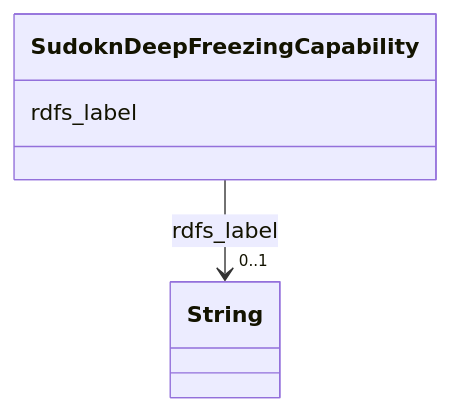
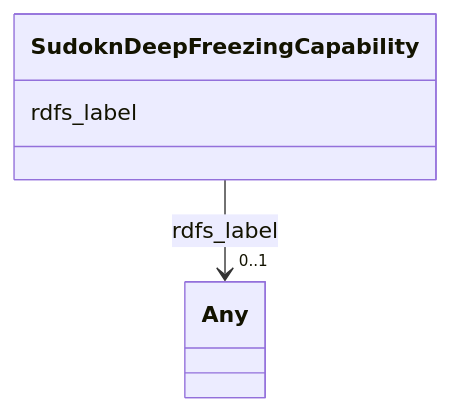
One commit to frink-okn/graph-descriptions changed the diagram in sudokn-kg/classes/SudoknDeepFreezingCapability.md. Above: the diagram before and after it, drawn with Mermaid. The commit also changed other lines of this file and 903 other files, not shown here.

````diff
--- a/sudokn-kg/classes/SudoknDeepFreezingCapability.md
+++ b/sudokn-kg/classes/SudoknDeepFreezingCapability.md
@@ -23,15 +18,15 @@
 ```mermaid
  classDiagram
     class SudoknDeepFreezingCapability
     click SudoknDeepFreezingCapability href "../SudoknDeepFreezingCapability"
       SudoknDeepFreezingCapability : rdfs_label
         
           
     
     
-    SudoknDeepFreezingCapability --> "0..1" String : rdfs_label
-    click String href "../String"
+    SudoknDeepFreezingCapability --> "0..1" Any : rdfs_label
+    click Any href "../Any"
 
         
       
 ```
````
